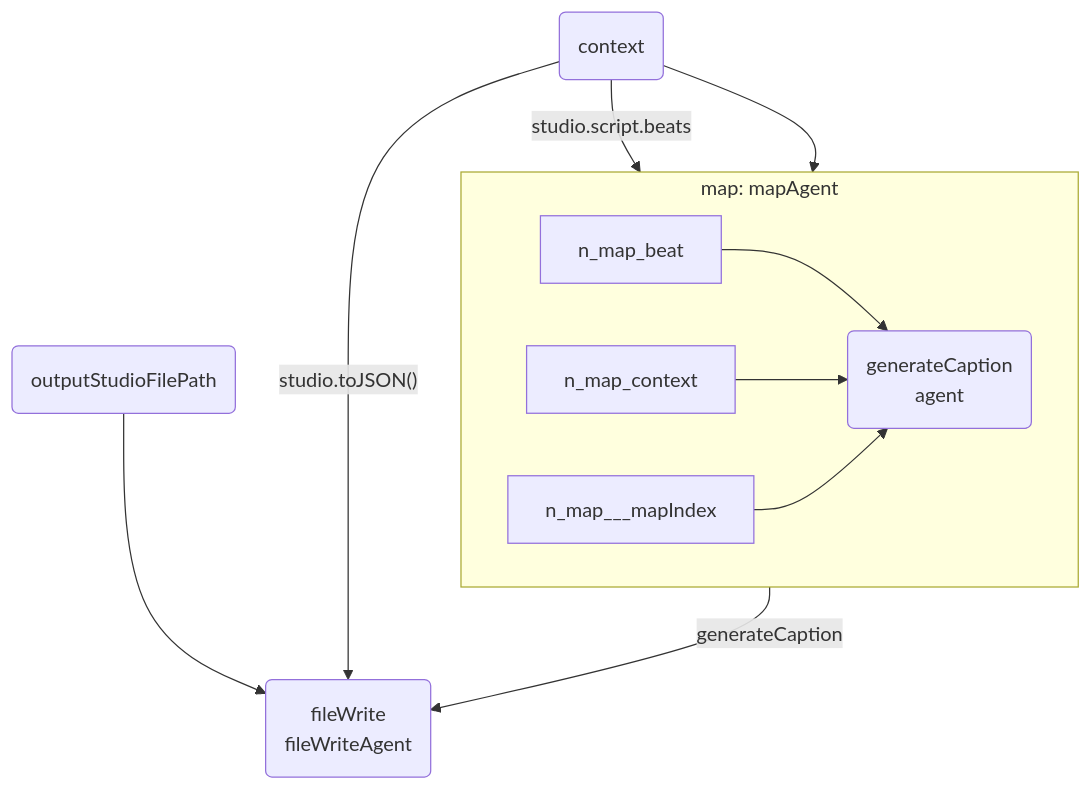
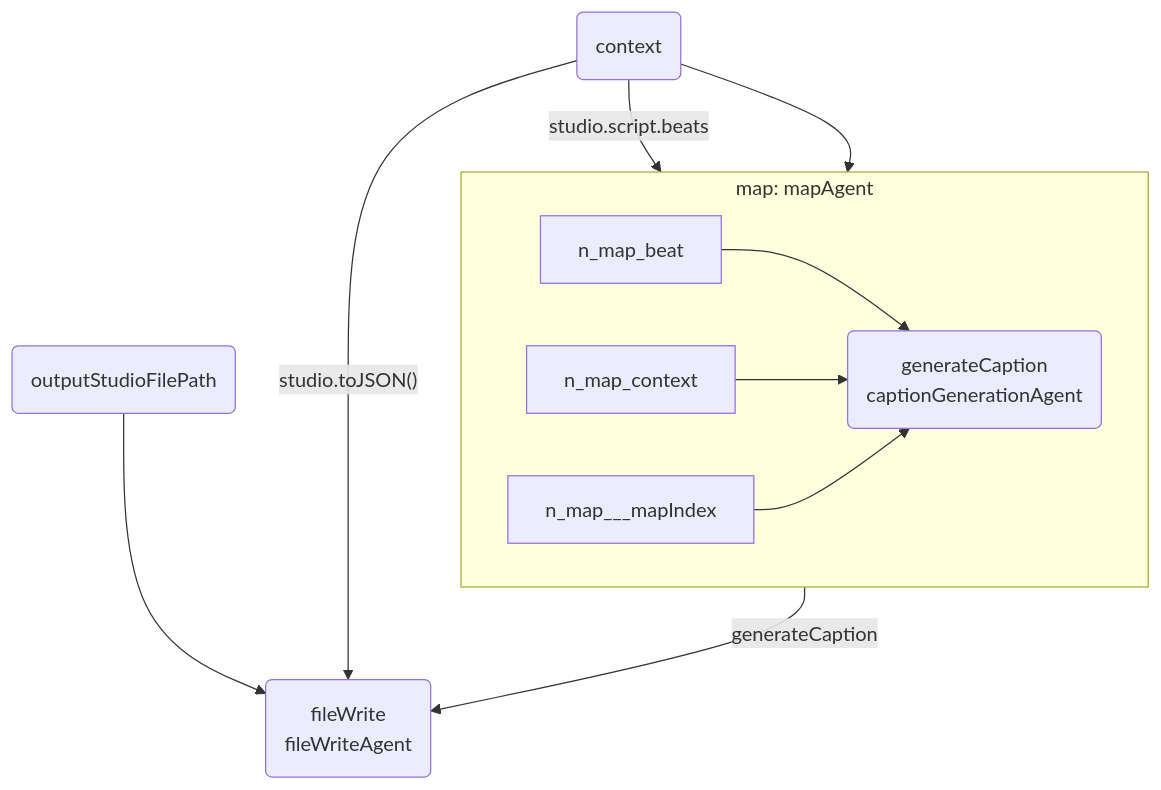
One commit to receptron/mulmocast-cli changed the diagram in src/actions/captions.docs.md. Above: the diagram before and after it, drawn with Mermaid. The commit also changed other lines of this file and 3 other files, not shown here.

````diff
--- a/src/actions/captions.docs.md
+++ b/src/actions/captions.docs.md
@@ -16,20 +16,20 @@
 ```mermaid
 flowchart TD
   n_context(context)
   n_outputStudioFilePath(outputStudioFilePath)
   subgraph n_map[map: mapAgent]
-    n_map_generateCaption(generateCaption<br/>agent)
+    n_map_generateCaption(generateCaption<br/>captionGenerationAgent)
     n_map_beat --> n_map_generateCaption
     n_map_context --> n_map_generateCaption
     n_map___mapIndex --> n_map_generateCaption
   end
   n_context -- studio.script.beats --> n_map
   n_context --> n_map
   n_fileWrite(fileWrite<br/>fileWriteAgent)
   n_map -- generateCaption --> n_fileWrite
   n_outputStudioFilePath --> n_fileWrite
   n_context -- studio.toJSON() --> n_fileWrite
   class n_context,n_outputStudioFilePath staticNode
   class n_map_generateCaption,n_fileWrite computedNode
   class n_map nestedGraph
 ```
````
